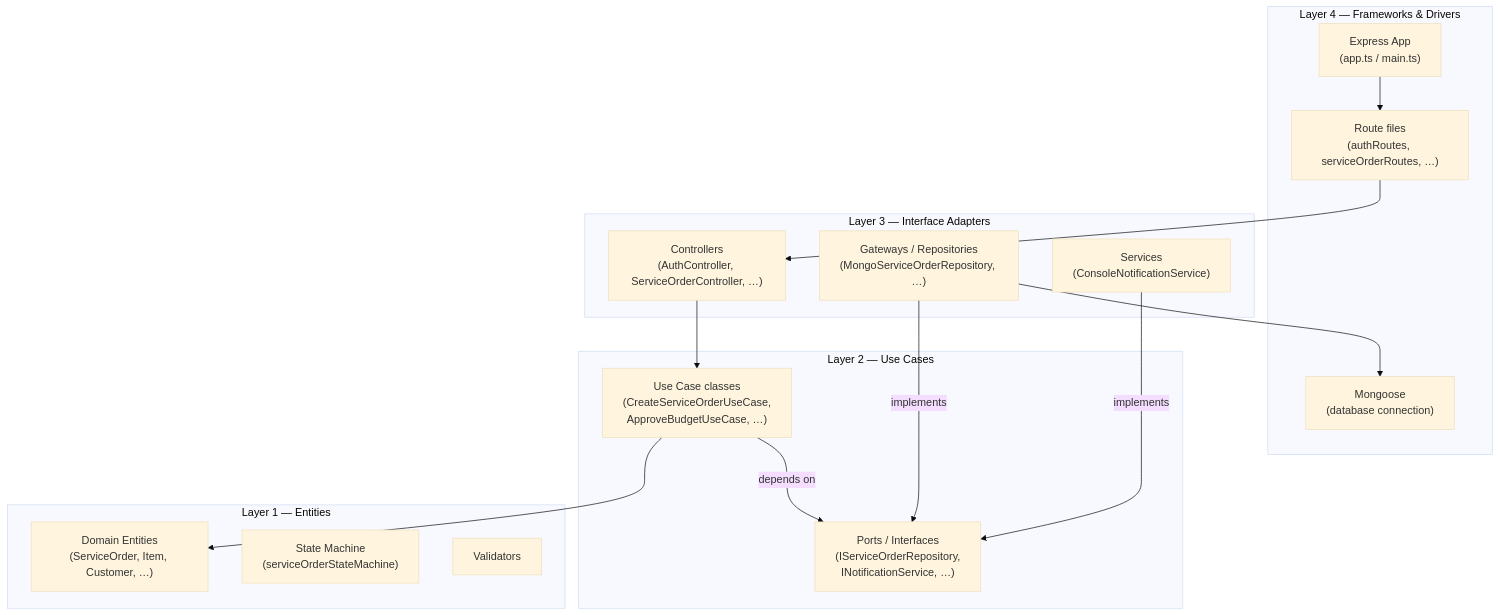
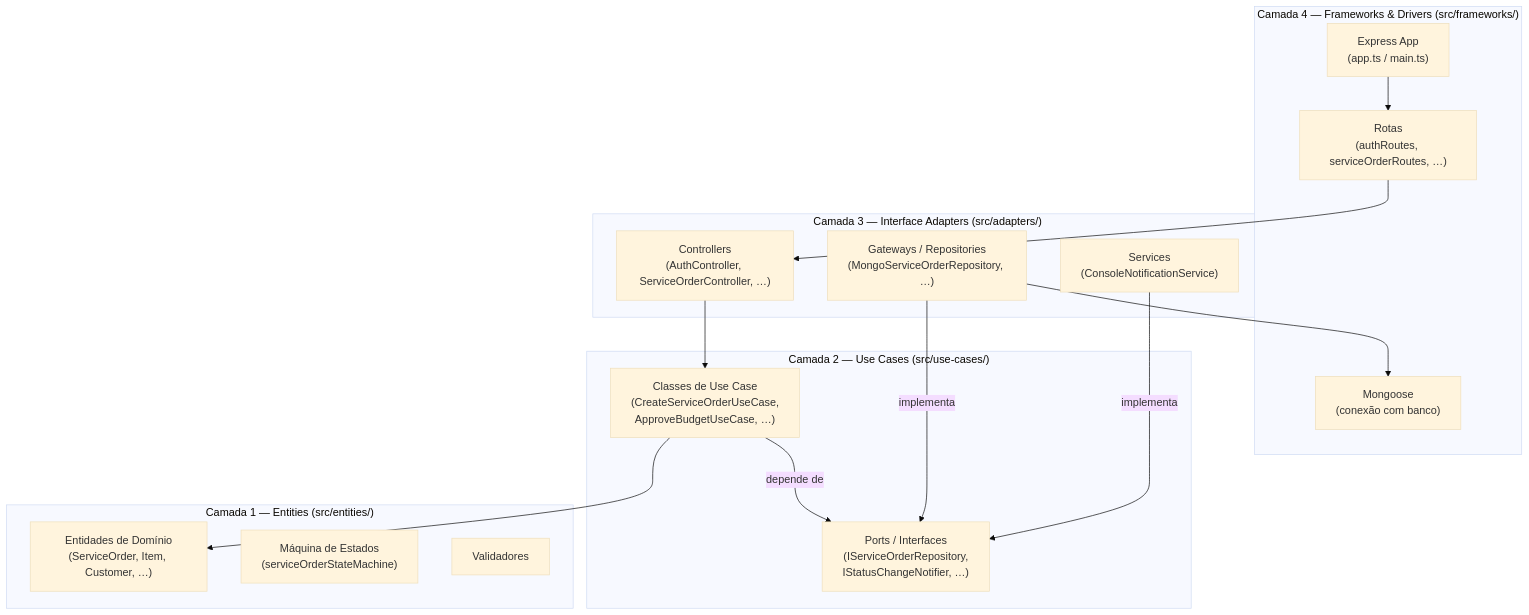
The third of 3 diagrams in docs/architecture/c4.md (diandria/fiap-tech-challenge), drawn with Mermaid (base theme) before and after one commit. The commit also changed other lines of this file and 4 other files, not shown here.

````diff
--- a/docs/architecture/c4.md
+++ b/docs/architecture/c4.md
@@ -55,34 +45,34 @@
 ```mermaid
 flowchart TD
-    subgraph layer4["Layer 4 — Frameworks & Drivers"]
+    subgraph layer4["Camada 4 — Frameworks & Drivers (src/frameworks/)"]
         express["Express App\n(app.ts / main.ts)"]
-        routes["Route files\n(authRoutes, serviceOrderRoutes, …)"]
-        mongoose["Mongoose\n(database connection)"]
+        routes["Rotas\n(authRoutes, serviceOrderRoutes, …)"]
+        mongoose["Mongoose\n(conexão com banco)"]
         express --> routes
     end
 
-    subgraph layer3["Layer 3 — Interface Adapters"]
+    subgraph layer3["Camada 3 — Interface Adapters (src/adapters/)"]
         controllers["Controllers\n(AuthController, ServiceOrderController, …)"]
         gateways["Gateways / Repositories\n(MongoServiceOrderRepository, …)"]
         services["Services\n(ConsoleNotificationService)"]
         routes --> controllers
     end
 
-    subgraph layer2["Layer 2 — Use Cases"]
-        usecases["Use Case classes\n(CreateServiceOrderUseCase,\nApproveBudgetUseCase, …)"]
-        ports["Ports / Interfaces\n(IServiceOrderRepository,\nINotificationService, …)"]
+    subgraph layer2["Camada 2 — Use Cases (src/use-cases/)"]
+        usecases["Classes de Use Case\n(CreateServiceOrderUseCase,\nApproveBudgetUseCase, …)"]
+        ports["Ports / Interfaces\n(IServiceOrderRepository,\nIStatusChangeNotifier, …)"]
         controllers --> usecases
-        usecases -->|"depends on"| ports
+        usecases -->|"depende de"| ports
     end
 
-    subgraph layer1["Layer 1 — Entities"]
-        entities["Domain Entities\n(ServiceOrder, Item, Customer, …)"]
-        statemachine["State Machine\n(serviceOrderStateMachine)"]
-        validators["Validators"]
+    subgraph layer1["Camada 1 — Entities (src/entities/)"]
+        entities["Entidades de Domínio\n(ServiceOrder, Item, Customer, …)"]
+        statemachine["Máquina de Estados\n(serviceOrderStateMachine)"]
+        validators["Validadores"]
         usecases --> entities
     end
 
-    gateways -->|"implements"| ports
-    services -->|"implements"| ports
+    gateways -->|"implementa"| ports
+    services -->|"implementa"| ports
     gateways --> mongoose
 ```
````
